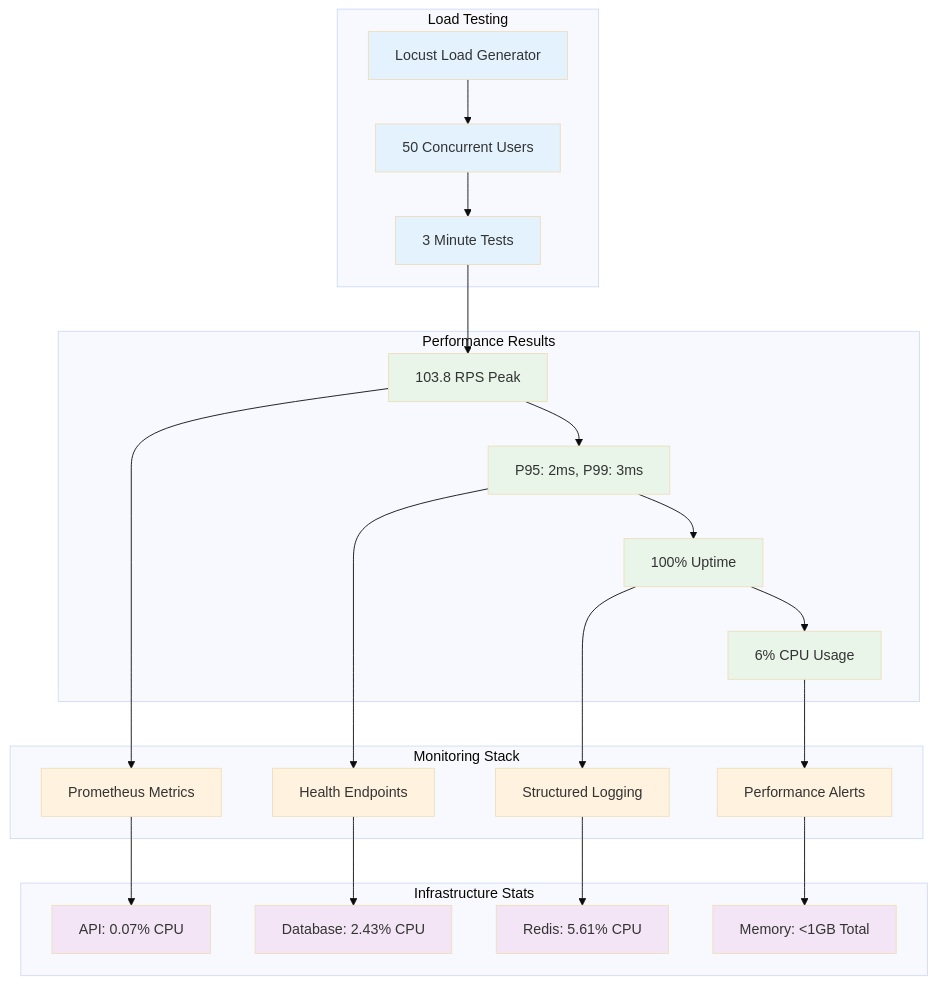
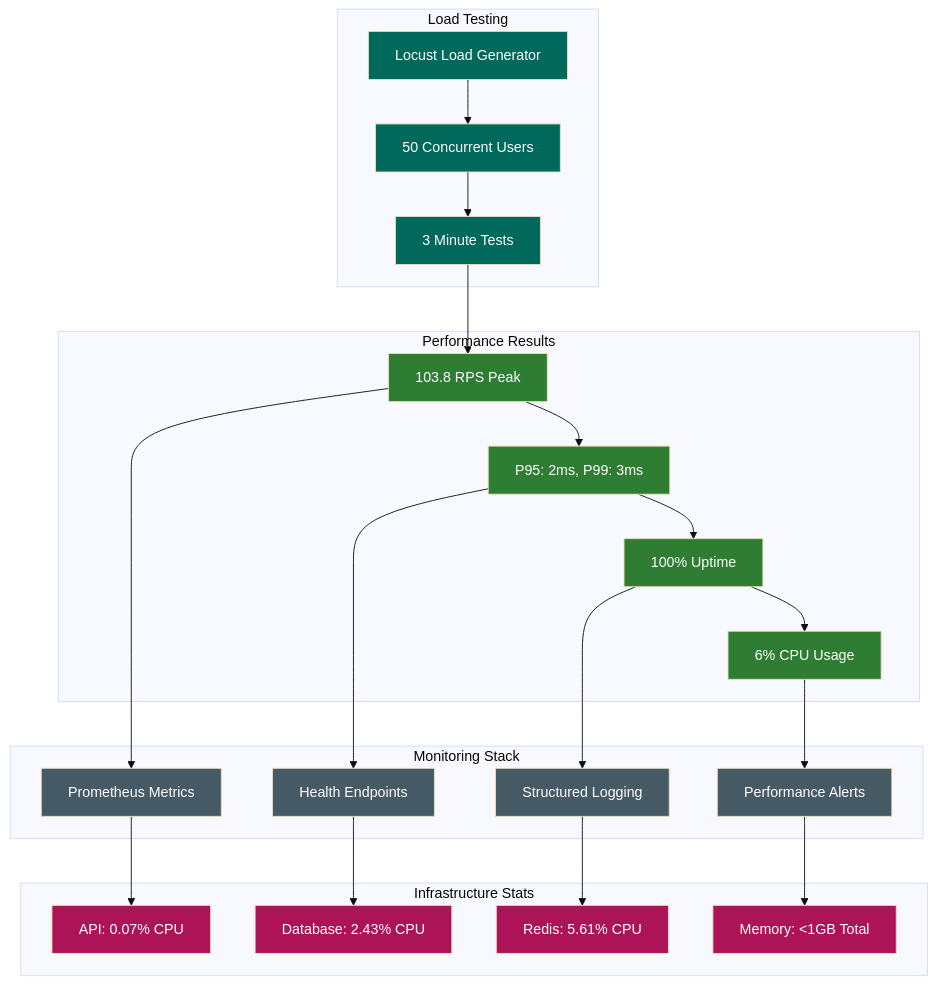
The fifth of 10 diagrams in smart-maintenance-saas/docs/COMPREHENSIVE_DOCUMENTATION.md (YanCotta/enterprise_challenge_sprint_1_hermes_reply), drawn with Mermaid (base theme) before and after one commit. The commit also changed other lines of this file, not shown here.

````diff
--- a/smart-maintenance-saas/docs/COMPREHENSIVE_DOCUMENTATION.md
+++ b/smart-maintenance-saas/docs/COMPREHENSIVE_DOCUMENTATION.md
@@ -237,56 +237,56 @@
 ```mermaid
 flowchart TB
     subgraph "Load Testing"
         LOCUST[Locust Load Generator]
         CONCURRENT[50 Concurrent Users]
         DURATION[3 Minute Tests]
     end
 
     subgraph "Performance Results"
         THROUGHPUT[103.8 RPS Peak]
         LATENCY[P95: 2ms, P99: 3ms]
         STABILITY[100% Uptime]
         RESOURCE[6% CPU Usage]
     end
 
     subgraph "Monitoring Stack"
         PROMETHEUS[Prometheus Metrics]
         HEALTH[Health Endpoints]
         LOGS[Structured Logging]
         ALERTS[Performance Alerts]
     end
 
     subgraph "Infrastructure Stats"
         API_CONTAINER[API: 0.07% CPU]
         DB_CONTAINER[Database: 2.43% CPU]
         REDIS_CONTAINER[Redis: 5.61% CPU]
         MEMORY[Memory: <1GB Total]
     end
 
     LOCUST --> CONCURRENT
     CONCURRENT --> DURATION
     DURATION --> THROUGHPUT
     THROUGHPUT --> LATENCY
     LATENCY --> STABILITY
     STABILITY --> RESOURCE
 
     THROUGHPUT --> PROMETHEUS
     LATENCY --> HEALTH
     STABILITY --> LOGS
     RESOURCE --> ALERTS
 
     PROMETHEUS --> API_CONTAINER
     HEALTH --> DB_CONTAINER
     LOGS --> REDIS_CONTAINER
     ALERTS --> MEMORY
 
-    classDef testing fill:#e3f2fd
-    classDef results fill:#e8f5e8
-    classDef monitoring fill:#fff3e0
-    classDef infrastructure fill:#f3e5f5
+    classDef testing fill:#00695C,color:#ffffff
+    classDef results fill:#2E7D32,color:#ffffff
+    classDef monitoring fill:#455A64,color:#ffffff
+    classDef infrastructure fill:#AD1457,color:#ffffff
 
     class LOCUST,CONCURRENT,DURATION testing
     class THROUGHPUT,LATENCY,STABILITY,RESOURCE results
     class PROMETHEUS,HEALTH,LOGS,ALERTS monitoring
     class API_CONTAINER,DB_CONTAINER,REDIS_CONTAINER,MEMORY infrastructure
 ```
````
